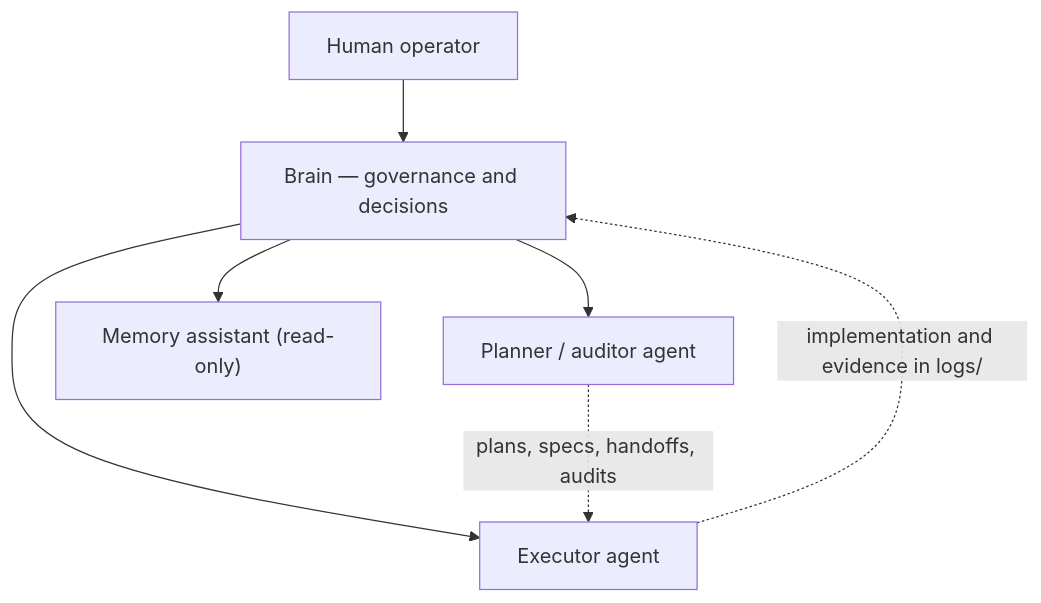
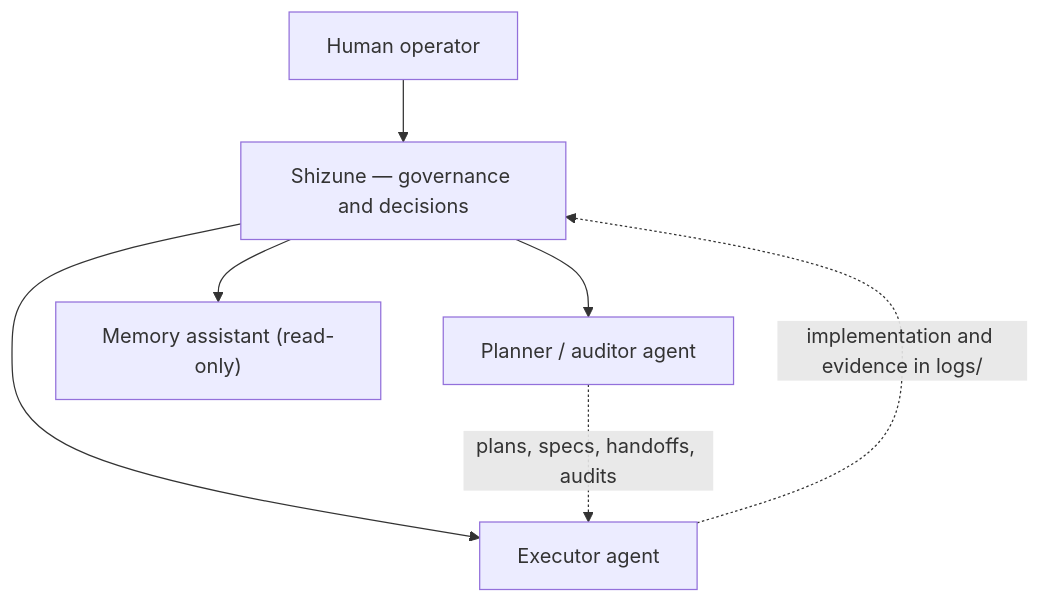
One commit to CaduAzeredo/brain-framework changed the diagram in AGENTS.md. Above: the diagram before and after it, drawn with Mermaid. The commit also changed other lines of this file and 41 other files, not shown here.

````diff
--- a/AGENTS.md
+++ b/AGENTS.md
@@ -17,9 +17,9 @@
 ```mermaid
 graph TD
-    User["Human operator"] --> Brain["Brain — governance and decisions"]
-    Brain --> Planner["Planner / auditor agent"]
-    Brain --> Executor["Executor agent"]
-    Brain --> Assist["Memory assistant (read-only)"]
+    User["Human operator"] --> Shizune["Shizune — governance and decisions"]
+    Shizune --> Planner["Planner / auditor agent"]
+    Shizune --> Executor["Executor agent"]
+    Shizune --> Assist["Memory assistant (read-only)"]
     Planner -. "plans, specs, handoffs, audits" .-> Executor
-    Executor -. "implementation and evidence in logs/" .-> Brain
+    Executor -. "implementation and evidence in logs/" .-> Shizune
 ```
````
